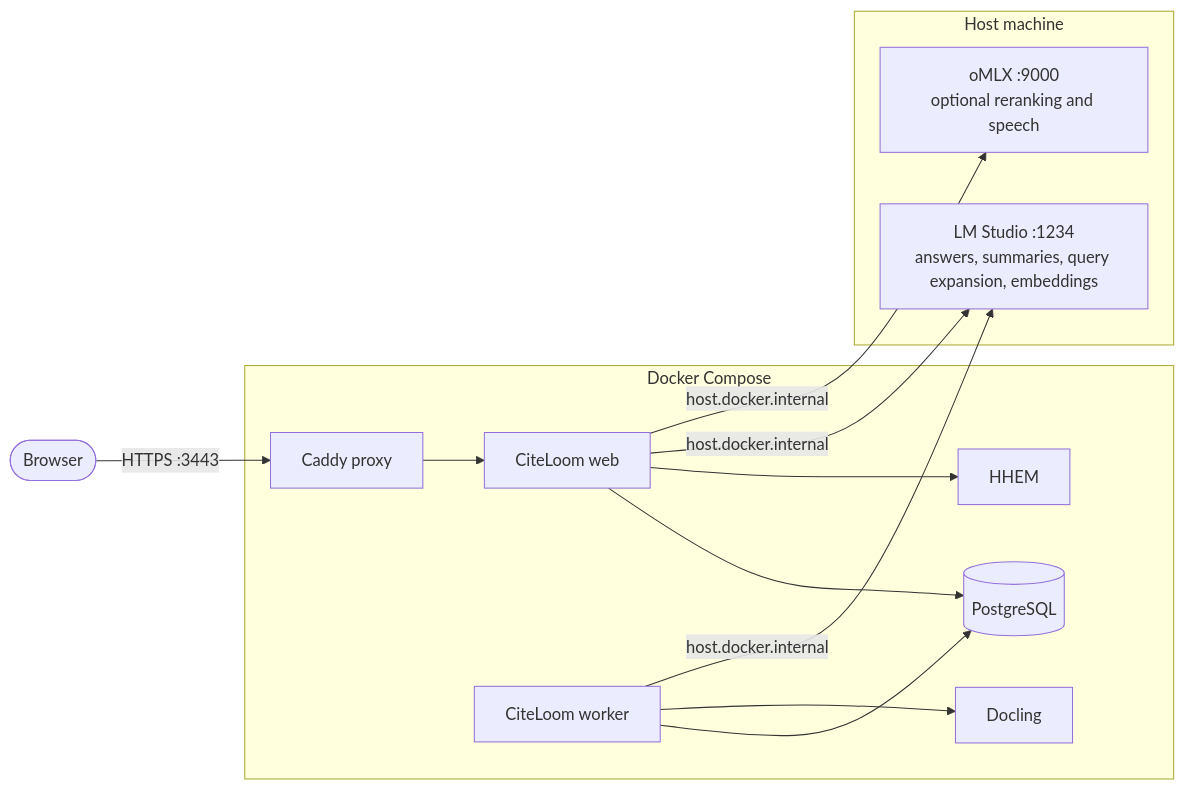
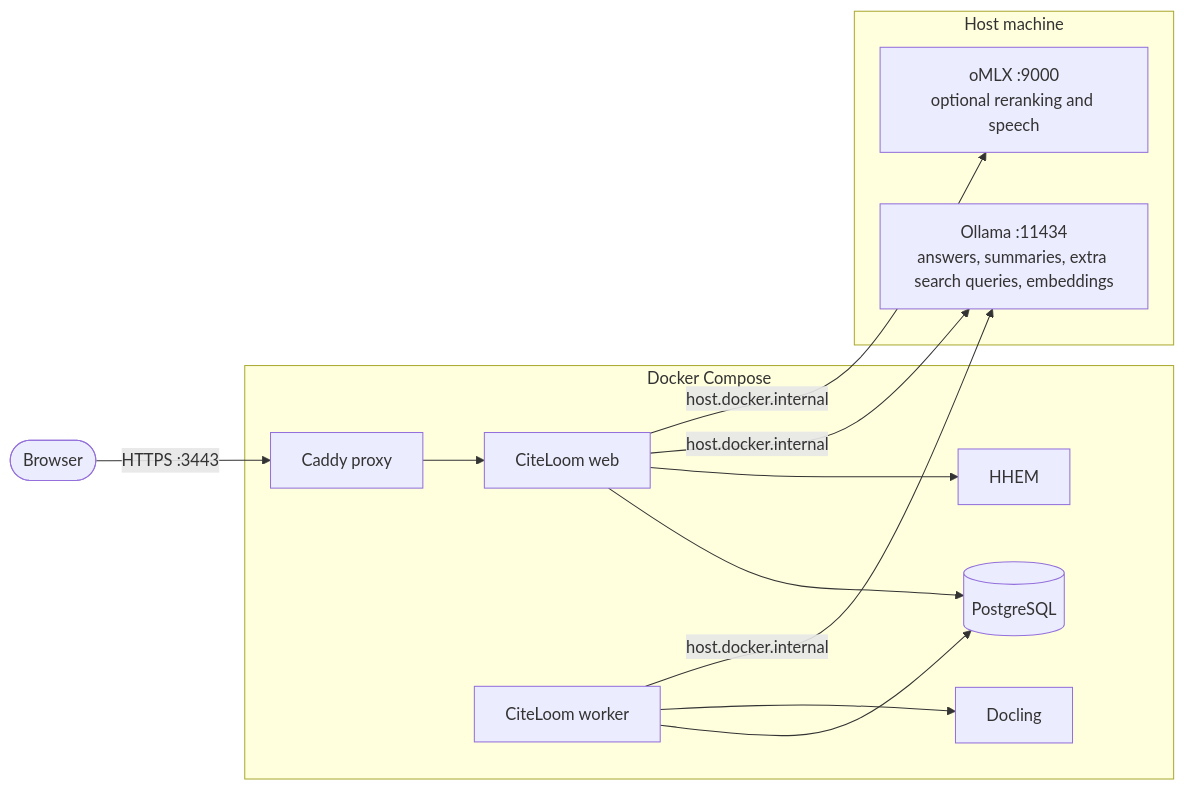
The first of 2 diagrams in README.md (sageil/citeloom), drawn with Mermaid before and after one commit. The commit also changed other lines of this file and 43 other files, not shown here.

````diff
--- a/README.md
+++ b/README.md
@@ -126,21 +127,21 @@
 ```mermaid
 flowchart LR
     Browser([Browser]) -->|HTTPS :3443| Proxy[Caddy proxy]
 
     subgraph Docker[Docker Compose]
         Proxy --> Web[CiteLoom web]
         Web --> Database[(PostgreSQL)]
         Worker[CiteLoom worker] --> Database
         Worker --> Docling[Docling]
         Web --> HHEM[HHEM]
     end
 
     subgraph Host[Host machine]
-        LMStudio[LM Studio :1234<br/>answers, summaries, query expansion, embeddings]
+        Ollama[Ollama :11434<br/>answers, summaries, extra search queries, embeddings]
         OMLX[oMLX :9000<br/>optional reranking and speech]
     end
 
-    Web -->|host.docker.internal| LMStudio
-    Worker -->|host.docker.internal| LMStudio
+    Web -->|host.docker.internal| Ollama
+    Worker -->|host.docker.internal| Ollama
     Web -->|host.docker.internal| OMLX
 ```
````
